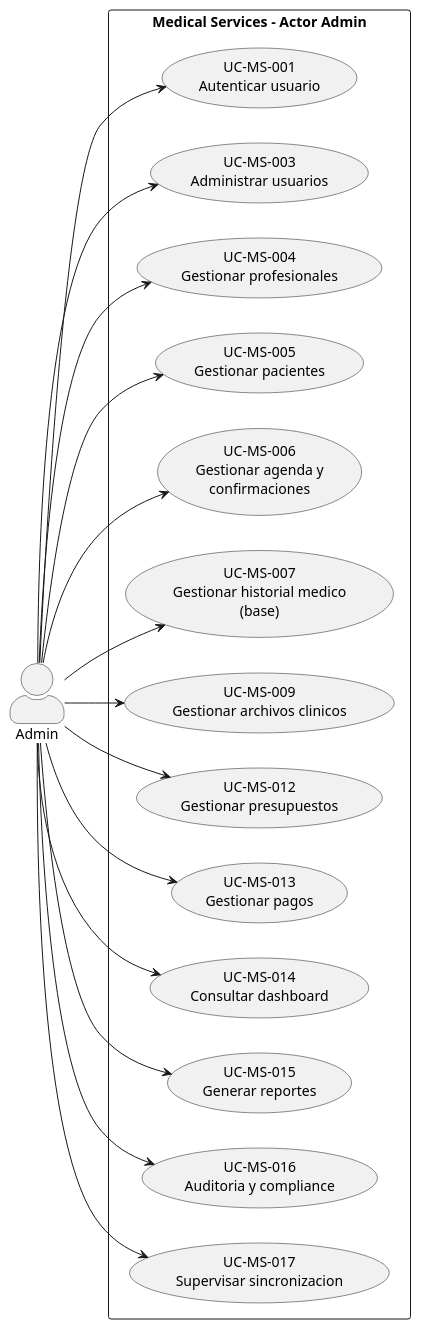
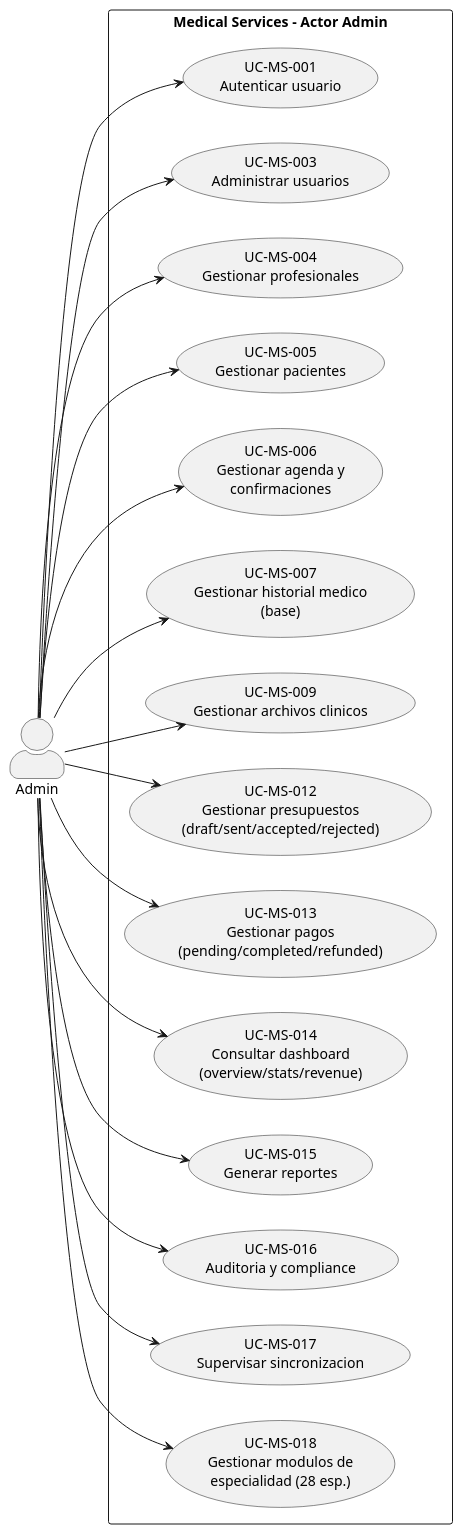
Before and after one commit to Yop007N/medicalcenter: the diagram in docs/uml/use_case_admin.puml, drawn with PlantUML. The commit also changed 16 other files, not shown here.

Commit message:
docs(uml): actualizar diagramas y archivar artefactos legacy

```diff
--- a/docs/uml/use_case_admin.puml
+++ b/docs/uml/use_case_admin.puml
@@ -1,38 +1,40 @@
-@startuml
+@startuml use_case_admin
 left to right direction
 skinparam packageStyle rectangle
 skinparam shadowing false
 skinparam actorStyle awesome
 
 actor Admin as A
 
 rectangle "Medical Services - Actor Admin" {
   usecase "UC-MS-001\nAutenticar usuario" as UC1
   usecase "UC-MS-003\nAdministrar usuarios" as UC3
   usecase "UC-MS-004\nGestionar profesionales" as UC4
   usecase "UC-MS-005\nGestionar pacientes" as UC5
   usecase "UC-MS-006\nGestionar agenda y\nconfirmaciones" as UC6
   usecase "UC-MS-007\nGestionar historial medico\n(base)" as UC7
   usecase "UC-MS-009\nGestionar archivos clinicos" as UC9
-  usecase "UC-MS-012\nGestionar presupuestos" as UC12
-  usecase "UC-MS-013\nGestionar pagos" as UC13
-  usecase "UC-MS-014\nConsultar dashboard" as UC14
+  usecase "UC-MS-012\nGestionar presupuestos\n(draft/sent/accepted/rejected)" as UC12
+  usecase "UC-MS-013\nGestionar pagos\n(pending/completed/refunded)" as UC13
+  usecase "UC-MS-014\nConsultar dashboard\n(overview/stats/revenue)" as UC14
   usecase "UC-MS-015\nGenerar reportes" as UC15
   usecase "UC-MS-016\nAuditoria y compliance" as UC16
   usecase "UC-MS-017\nSupervisar sincronizacion" as UC17
+  usecase "UC-MS-018\nGestionar modulos de\nespecialidad (28 esp.)" as UC18
 }
 
 A --> UC1
 A --> UC3
 A --> UC4
 A --> UC5
 A --> UC6
 A --> UC7
 A --> UC9
 A --> UC12
 A --> UC13
 A --> UC14
 A --> UC15
 A --> UC16
 A --> UC17
+A --> UC18
 @enduml
```
